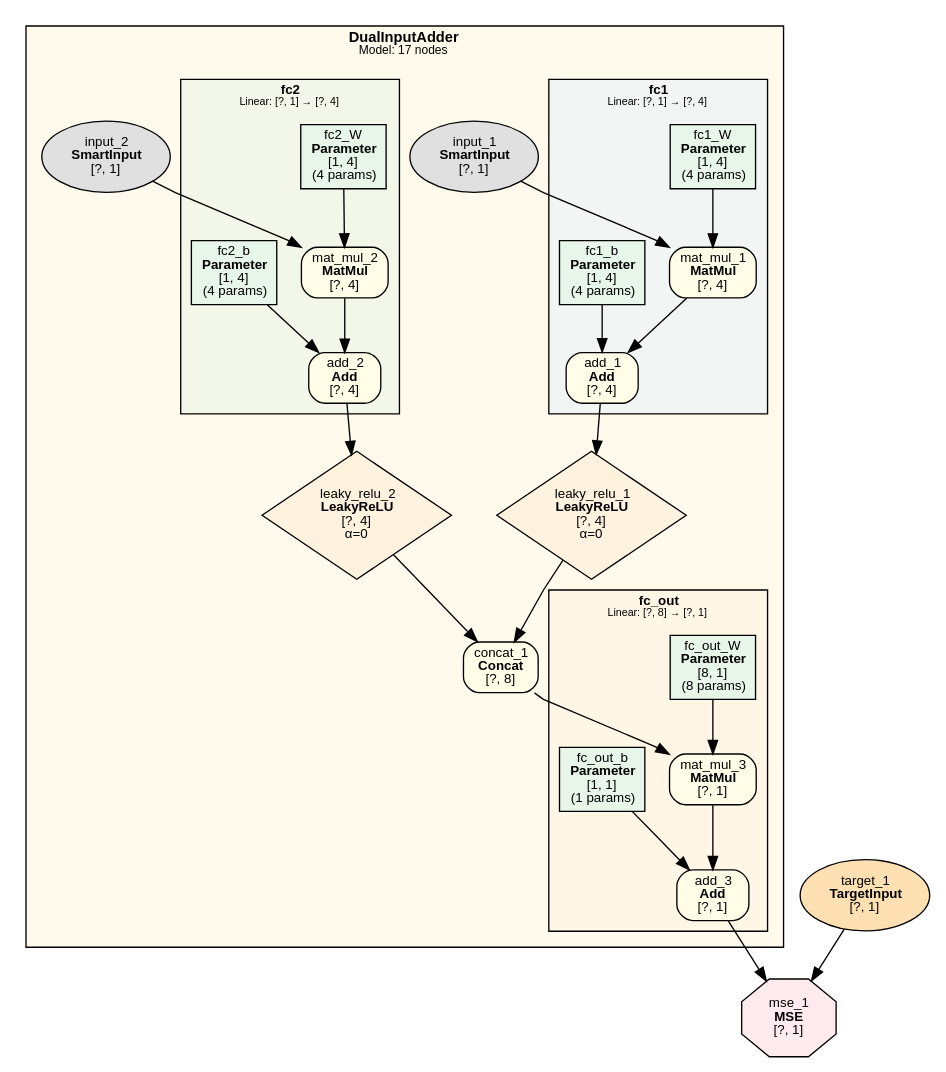
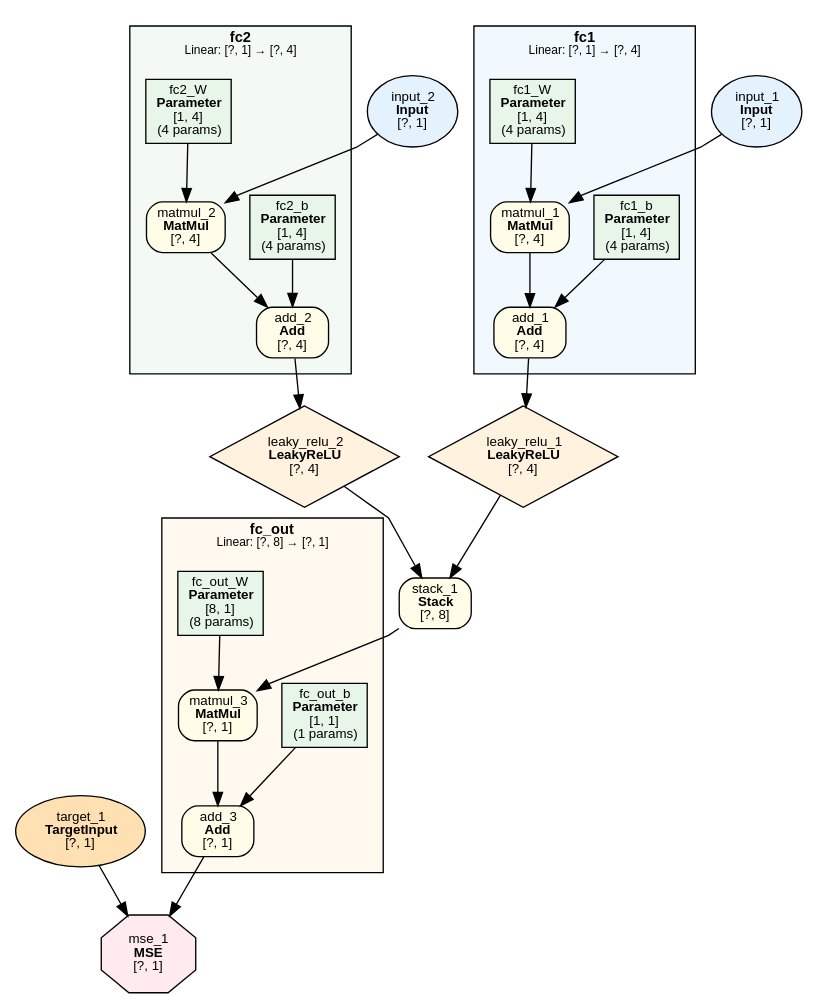
The diagram in examples/dual_input_add/dual_input_add.dot (dbsxdbsx/only_torch), drawn with Graphviz before and after one commit. The commit also changed 25 other files, not shown here.

```diff
--- a/examples/dual_input_add/dual_input_add.dot
+++ b/examples/dual_input_add/dual_input_add.dot
@@ -1,79 +1,73 @@
-digraph Model {
+digraph ComputeGraph {
     rankdir=TB;
     newrank=true;
     splines=polyline;
     node [fontname="Microsoft YaHei,SimHei,Arial"];
     edge [fontname="Microsoft YaHei,SimHei,Arial"];
 
-    subgraph cluster_DualInputAdder {
-        label=<<B>DualInputAdder</B><BR/><FONT POINT-SIZE="9">Model: 17 nodes</FONT>>;
+    subgraph cluster_fc1 {
+        label=<<B>fc1</B><BR/><FONT POINT-SIZE="9">Linear: [?, 1] → [?, 4]</FONT>>;
         style=filled;
-        fillcolor="#FFECB340";
+        fillcolor="#E3F2FD80";
         fontname="Microsoft YaHei,SimHei,Arial";
         fontsize=11;
         margin=12;
-        subgraph cluster_DualInputAdder_fc1 {
-            label=<<B>fc1</B><BR/><FONT POINT-SIZE="8">Linear: [?, 1] → [?, 4]</FONT>>;
-            style=filled;
-            fillcolor="#E3F2FD80";
-            fontname="Microsoft YaHei,SimHei,Arial";
-            fontsize=10;
-            margin=8;
+            "130120" [label=<add_1<BR/><B>Add</B><BR/>[?, 4]> shape=box style="filled,rounded" fillcolor="#FFFDE7" fontsize=10];
+            "130119" [label=<matmul_1<BR/><B>MatMul</B><BR/>[?, 4]> shape=box style="filled,rounded" fillcolor="#FFFDE7" fontsize=10];
+            "2" [label=<fc1_b<BR/><B>Parameter</B><BR/>[1, 4]<BR/>(4 params)> shape=box style=filled fillcolor="#E8F5E9" fontsize=10];
             "1" [label=<fc1_W<BR/><B>Parameter</B><BR/>[1, 4]<BR/>(4 params)> shape=box style=filled fillcolor="#E8F5E9" fontsize=10];
-            "2" [label=<fc1_b<BR/><B>Parameter</B><BR/>[1, 4]<BR/>(4 params)> shape=box style=filled fillcolor="#E8F5E9" fontsize=10];
-            "9" [label=<mat_mul_1<BR/><B>MatMul</B><BR/>[?, 4]> shape=box style="filled,rounded" fillcolor="#FFFDE7" fontsize=10];
-            "10" [label=<add_1<BR/><B>Add</B><BR/>[?, 4]> shape=box style="filled,rounded" fillcolor="#FFFDE7" fontsize=10];
-        }
-        subgraph cluster_DualInputAdder_fc2 {
-            label=<<B>fc2</B><BR/><FONT POINT-SIZE="8">Linear: [?, 1] → [?, 4]</FONT>>;
-            style=filled;
-            fillcolor="#E8F5E980";
-            fontname="Microsoft YaHei,SimHei,Arial";
-            fontsize=10;
-            margin=8;
-            "3" [label=<fc2_W<BR/><B>Parameter</B><BR/>[1, 4]<BR/>(4 params)> shape=box style=filled fillcolor="#E8F5E9" fontsize=10];
-            "4" [label=<fc2_b<BR/><B>Parameter</B><BR/>[1, 4]<BR/>(4 params)> shape=box style=filled fillcolor="#E8F5E9" fontsize=10];
-            "12" [label=<mat_mul_2<BR/><B>MatMul</B><BR/>[?, 4]> shape=box style="filled,rounded" fillcolor="#FFFDE7" fontsize=10];
-            "13" [label=<add_2<BR/><B>Add</B><BR/>[?, 4]> shape=box style="filled,rounded" fillcolor="#FFFDE7" fontsize=10];
-        }
-        subgraph cluster_DualInputAdder_fc_out {
-            label=<<B>fc_out</B><BR/><FONT POINT-SIZE="8">Linear: [?, 8] → [?, 1]</FONT>>;
-            style=filled;
-            fillcolor="#FFF3E080";
-            fontname="Microsoft YaHei,SimHei,Arial";
-            fontsize=10;
-            margin=8;
-            "5" [label=<fc_out_W<BR/><B>Parameter</B><BR/>[8, 1]<BR/>(8 params)> shape=box style=filled fillcolor="#E8F5E9" fontsize=10];
-            "6" [label=<fc_out_b<BR/><B>Parameter</B><BR/>[1, 1]<BR/>(1 params)> shape=box style=filled fillcolor="#E8F5E9" fontsize=10];
-            "16" [label=<mat_mul_3<BR/><B>MatMul</B><BR/>[?, 1]> shape=box style="filled,rounded" fillcolor="#FFFDE7" fontsize=10];
-            "17" [label=<add_3<BR/><B>Add</B><BR/>[?, 1]> shape=box style="filled,rounded" fillcolor="#FFFDE7" fontsize=10];
-        }
-            "7" [label=<input_1<BR/><B>SmartInput</B><BR/>[?, 1]> shape=ellipse style=filled fillcolor="#E0E0E0" fontsize=10];
-            "8" [label=<input_2<BR/><B>SmartInput</B><BR/>[?, 1]> shape=ellipse style=filled fillcolor="#E0E0E0" fontsize=10];
-            "11" [label=<leaky_relu_1<BR/><B>LeakyReLU</B><BR/>[?, 4]<BR/>α=0> shape=diamond style=filled fillcolor="#FFF3E0" fontsize=10];
-            "14" [label=<leaky_relu_2<BR/><B>LeakyReLU</B><BR/>[?, 4]<BR/>α=0> shape=diamond style=filled fillcolor="#FFF3E0" fontsize=10];
-            "15" [label=<concat_1<BR/><B>Concat</B><BR/>[?, 8]> shape=box style="filled,rounded" fillcolor="#FFFDE7" fontsize=10];
     }
 
-    "18" [label=<target_1<BR/><B>TargetInput</B><BR/>[?, 1]> shape=ellipse style=filled fillcolor="#FFE0B2" fontsize=10];
-    "19" [label=<mse_1<BR/><B>MSE</B><BR/>[?, 1]> shape=octagon style=filled fillcolor="#FFEBEE" fontsize=10];
+    subgraph cluster_fc2 {
+        label=<<B>fc2</B><BR/><FONT POINT-SIZE="9">Linear: [?, 1] → [?, 4]</FONT>>;
+        style=filled;
+        fillcolor="#E8F5E980";
+        fontname="Microsoft YaHei,SimHei,Arial";
+        fontsize=11;
+        margin=12;
+            "130123" [label=<add_2<BR/><B>Add</B><BR/>[?, 4]> shape=box style="filled,rounded" fillcolor="#FFFDE7" fontsize=10];
+            "130122" [label=<matmul_2<BR/><B>MatMul</B><BR/>[?, 4]> shape=box style="filled,rounded" fillcolor="#FFFDE7" fontsize=10];
+            "4" [label=<fc2_b<BR/><B>Parameter</B><BR/>[1, 4]<BR/>(4 params)> shape=box style=filled fillcolor="#E8F5E9" fontsize=10];
+            "3" [label=<fc2_W<BR/><B>Parameter</B><BR/>[1, 4]<BR/>(4 params)> shape=box style=filled fillcolor="#E8F5E9" fontsize=10];
+    }
 
-    "7" -> "9";
-    "1" -> "9";
-    "9" -> "10";
-    "2" -> "10";
-    "10" -> "11";
-    "8" -> "12";
-    "3" -> "12";
-    "12" -> "13";
-    "4" -> "13";
-    "13" -> "14";
-    "11" -> "15";
-    "14" -> "15";
-    "15" -> "16";
-    "5" -> "16";
-    "16" -> "17";
-    "6" -> "17";
-    "17" -> "19";
-    "18" -> "19";
+    subgraph cluster_fc_out {
+        label=<<B>fc_out</B><BR/><FONT POINT-SIZE="9">Linear: [?, 8] → [?, 1]</FONT>>;
+        style=filled;
+        fillcolor="#FFF3E080";
+        fontname="Microsoft YaHei,SimHei,Arial";
+        fontsize=11;
+        margin=12;
+            "130127" [label=<add_3<BR/><B>Add</B><BR/>[?, 1]> shape=box style="filled,rounded" fillcolor="#FFFDE7" fontsize=10];
+            "130126" [label=<matmul_3<BR/><B>MatMul</B><BR/>[?, 1]> shape=box style="filled,rounded" fillcolor="#FFFDE7" fontsize=10];
+            "6" [label=<fc_out_b<BR/><B>Parameter</B><BR/>[1, 1]<BR/>(1 params)> shape=box style=filled fillcolor="#E8F5E9" fontsize=10];
+            "5" [label=<fc_out_W<BR/><B>Parameter</B><BR/>[8, 1]<BR/>(8 params)> shape=box style=filled fillcolor="#E8F5E9" fontsize=10];
+    }
+
+    "130129" [label=<mse_1<BR/><B>MSE</B><BR/>[?, 1]> shape=octagon style=filled fillcolor="#FFEBEE" fontsize=10];
+    "130128" [label=<target_1<BR/><B>TargetInput</B><BR/>[?, 1]> shape=ellipse style=filled fillcolor="#FFE0B2" fontsize=10];
+    "130125" [label=<stack_1<BR/><B>Stack</B><BR/>[?, 8]> shape=box style="filled,rounded" fillcolor="#FFFDE7" fontsize=10];
+    "130121" [label=<leaky_relu_1<BR/><B>LeakyReLU</B><BR/>[?, 4]> shape=diamond style=filled fillcolor="#FFF3E0" fontsize=10];
+    "130124" [label=<leaky_relu_2<BR/><B>LeakyReLU</B><BR/>[?, 4]> shape=diamond style=filled fillcolor="#FFF3E0" fontsize=10];
+    "130117" [label=<input_1<BR/><B>Input</B><BR/>[?, 1]> shape=ellipse style=filled fillcolor="#E3F2FD" fontsize=10];
+    "130118" [label=<input_2<BR/><B>Input</B><BR/>[?, 1]> shape=ellipse style=filled fillcolor="#E3F2FD" fontsize=10];
+
+    "130127" -> "130129";
+    "130128" -> "130129";
+    "130126" -> "130127";
+    "6" -> "130127";
+    "130125" -> "130126";
+    "5" -> "130126";
+    "130121" -> "130125";
+    "130124" -> "130125";
+    "130120" -> "130121";
+    "130123" -> "130124";
+    "130119" -> "130120";
+    "2" -> "130120";
+    "130122" -> "130123";
+    "4" -> "130123";
+    "130117" -> "130119";
+    "1" -> "130119";
+    "130118" -> "130122";
+    "3" -> "130122";
 }
```
